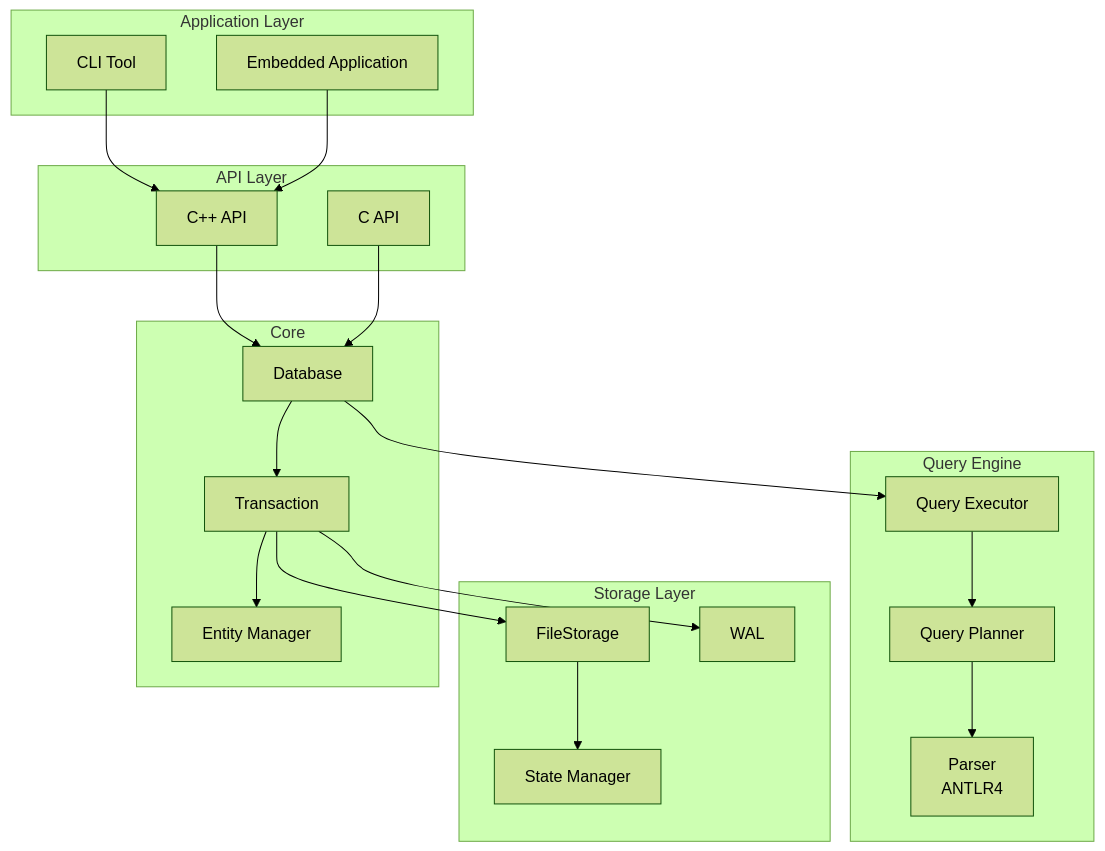
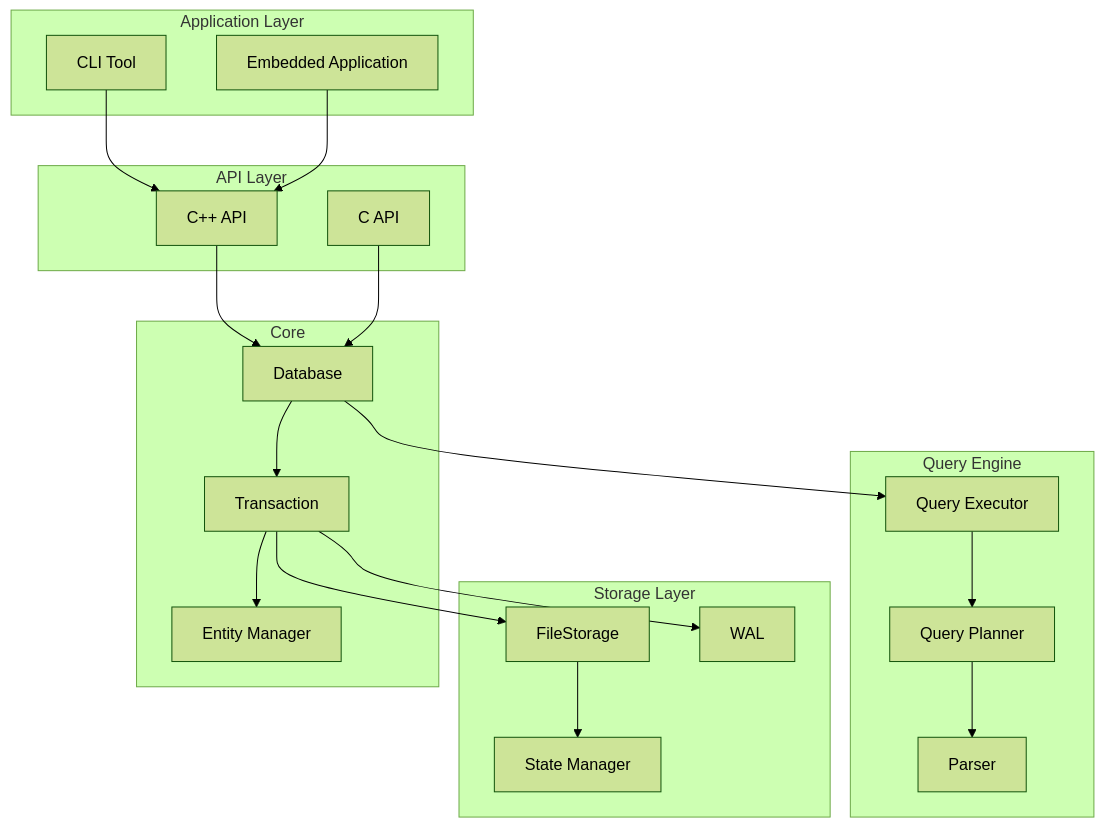
The first of 2 diagrams in docs/en/architecture/overview.md (nexepic/zyx), drawn with Mermaid (forest theme) before and after one commit. The commit also changed other lines of this file and 21 other files, not shown here.

First line of the commit message:
fix: resolve Mermaid diagram display issues in VitePress

````diff
--- a/docs/en/architecture/overview.md
+++ b/docs/en/architecture/overview.md
@@ -7,46 +7,46 @@
 ```mermaid
 graph TB
     subgraph "Application Layer"
         CLI[CLI Tool]
         APP[Embedded Application]
     end
 
     subgraph "API Layer"
         CPP[C++ API]
         CA[C API]
     end
 
     subgraph "Query Engine"
-        P[Parser<br/>ANTLR4]
+        P[Parser]
         QP[Query Planner]
         QE[Query Executor]
     end
 
     subgraph "Storage Layer"
         FS[FileStorage]
         WAL[WAL]
         SM[State Manager]
     end
 
     subgraph "Core"
         DB[Database]
         TX[Transaction]
         ENT[Entity Manager]
     end
 
     CLI --> CPP
     APP --> CPP
     CPP --> DB
     CA --> DB
 
     DB --> TX
     DB --> QE
     TX --> ENT
 
     QE --> QP
     QP --> P
 
     TX --> FS
     TX --> WAL
     FS --> SM
 ```
````
